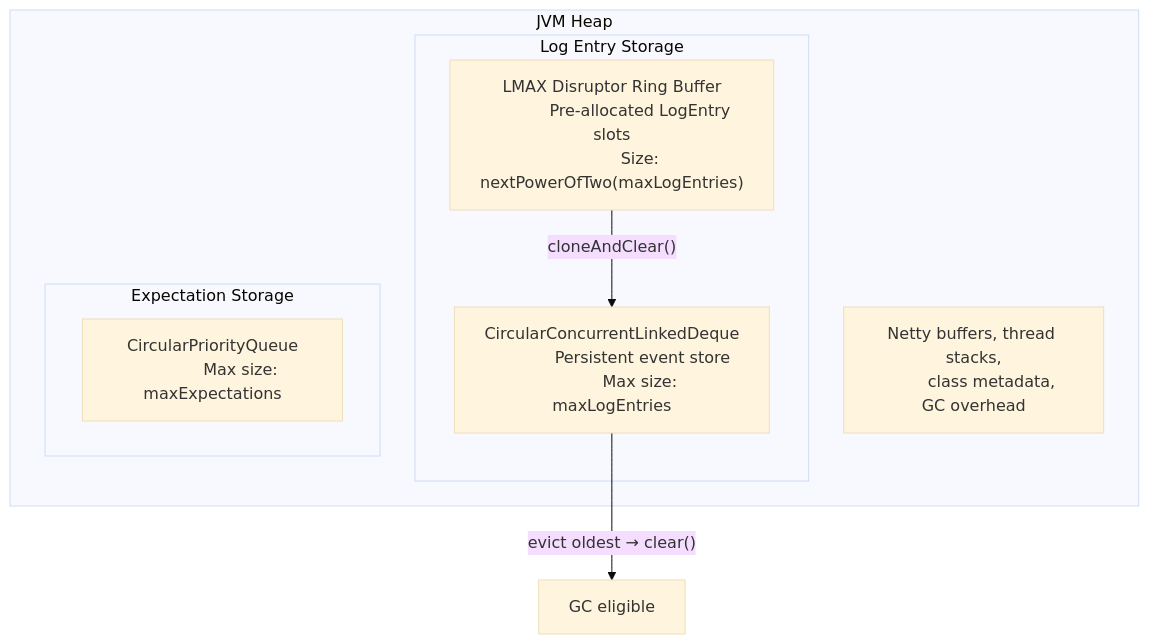
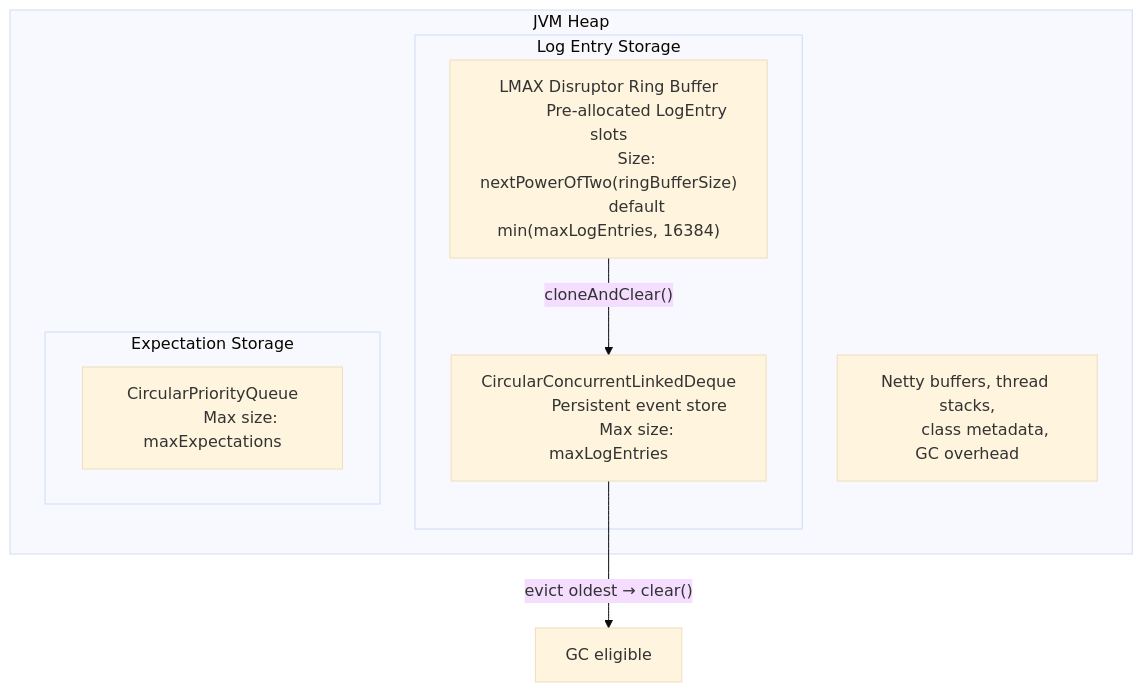
The first of 2 diagrams in docs/code/memory-management.md (sean8601/mockserver-monorepo), drawn with Mermaid (base theme) before and after one commit. The commit also changed other lines of this file and 11 other files, not shown here.

First line of the commit message:
perf(log): decouple Disruptor ring size from maxLogEntries and coalesce listener notifications

````diff
--- a/docs/code/memory-management.md
+++ b/docs/code/memory-management.md
@@ -14,22 +14,23 @@
 ```mermaid
 graph TB
     subgraph "JVM Heap"
         subgraph "Log Entry Storage"
             RB["LMAX Disruptor Ring Buffer
             Pre-allocated LogEntry slots
-            Size: nextPowerOfTwo(maxLogEntries)"]
+            Size: nextPowerOfTwo(ringBufferSize)
+            default min(maxLogEntries, 16384)"]
             EL["CircularConcurrentLinkedDeque
             Persistent event store
             Max size: maxLogEntries"]
         end
         subgraph "Expectation Storage"
             PQ["CircularPriorityQueue
             Max size: maxExpectations"]
         end
         OTHER["Netty buffers, thread stacks,
         class metadata, GC overhead"]
     end
 
     RB -->|"cloneAndClear()"| EL
     EL -->|"evict oldest → clear()"| GC[GC eligible]
 ```
````
